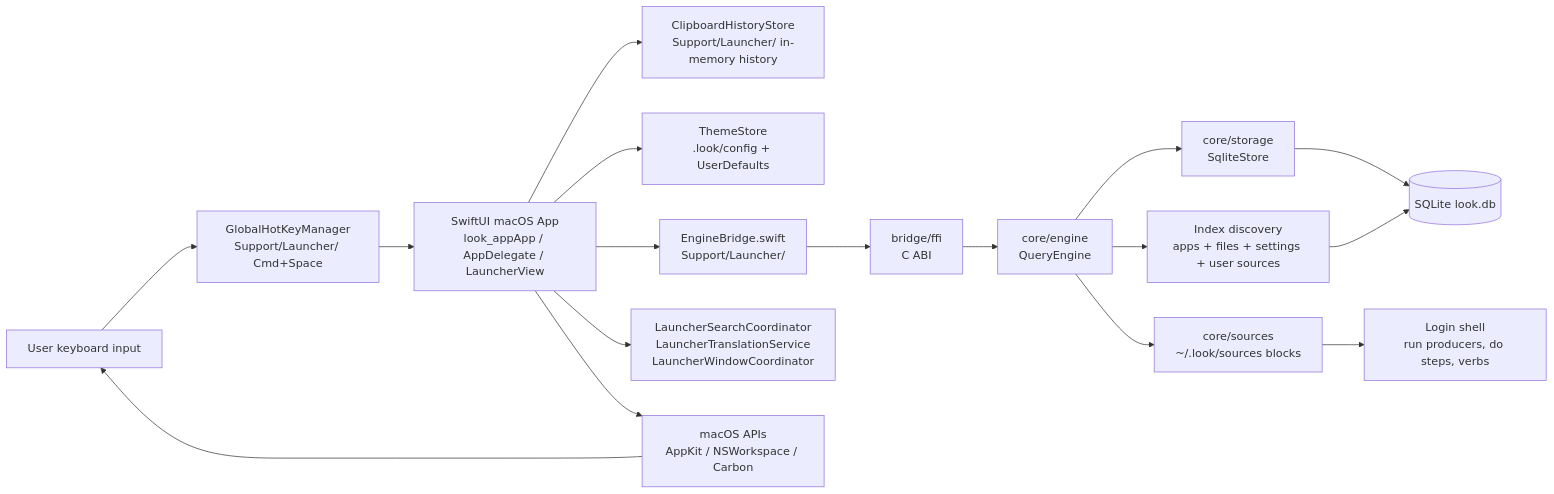
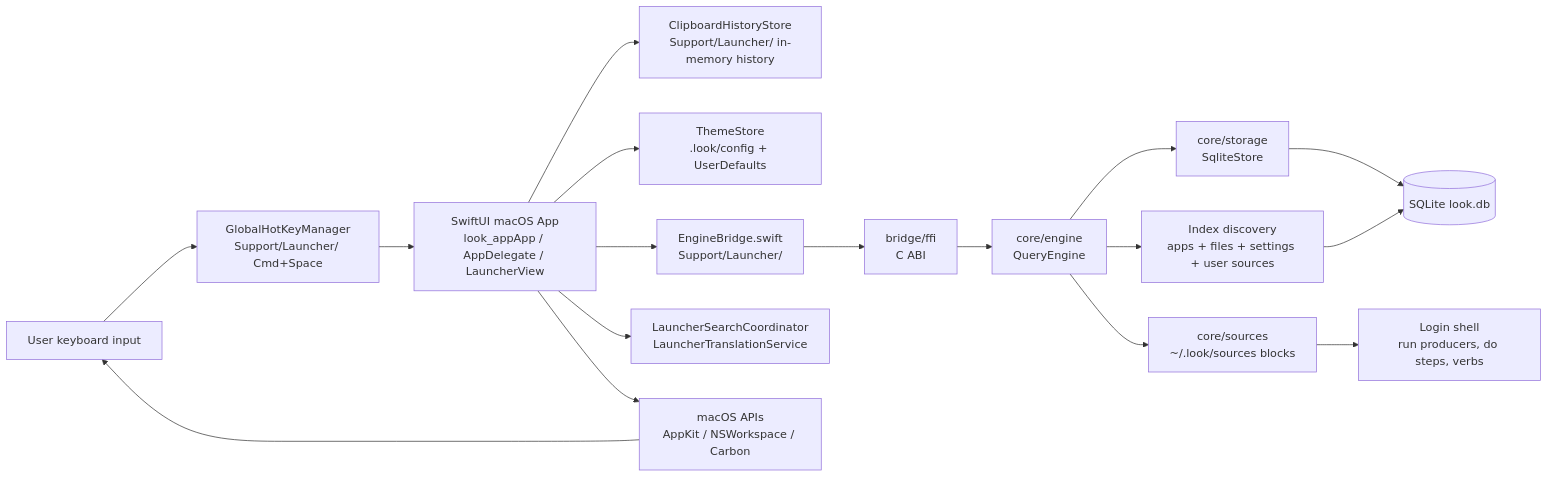
One commit to kunkka19xx/look changed the first of 9 diagrams in docs/architecture.md. Above: the diagram before and after it, drawn with Mermaid. The commit also changed other lines of this file and 14 other files, not shown here.

````diff
--- a/docs/architecture.md
+++ b/docs/architecture.md
@@ -24,24 +24,24 @@
 ```mermaid
 flowchart LR
     User[User keyboard input] --> Hotkey[GlobalHotKeyManager\nSupport/Launcher/ Cmd+Space]
     Hotkey --> App[SwiftUI macOS App\nlook_appApp / AppDelegate / LauncherView]
 
     App --> Clipboard[ClipboardHistoryStore\nSupport/Launcher/ in-memory history]
     App --> Theme[ThemeStore\n.look/config + UserDefaults]
     App --> Bridge[EngineBridge.swift\nSupport/Launcher/]
-    App --> Services[LauncherSearchCoordinator\nLauncherTranslationService\nLauncherWindowCoordinator]
+    App --> Services[LauncherSearchCoordinator\nLauncherTranslationService]
 
     Bridge --> FFI[bridge/ffi\nC ABI]
     FFI --> Engine[core/engine\nQueryEngine]
     Engine --> Storage[core/storage\nSqliteStore]
     Storage --> DB[(SQLite look.db)]
 
     Engine --> Indexers[Index discovery\napps + files + settings + user sources]
     Indexers --> DB
 
     Engine --> Sources[core/sources\n~/.look/sources blocks]
     Sources --> Shell[Login shell\nrun producers, do steps, verbs]
 
     App --> OS[macOS APIs\nAppKit / NSWorkspace / Carbon]
     OS --> User
 ```
````
